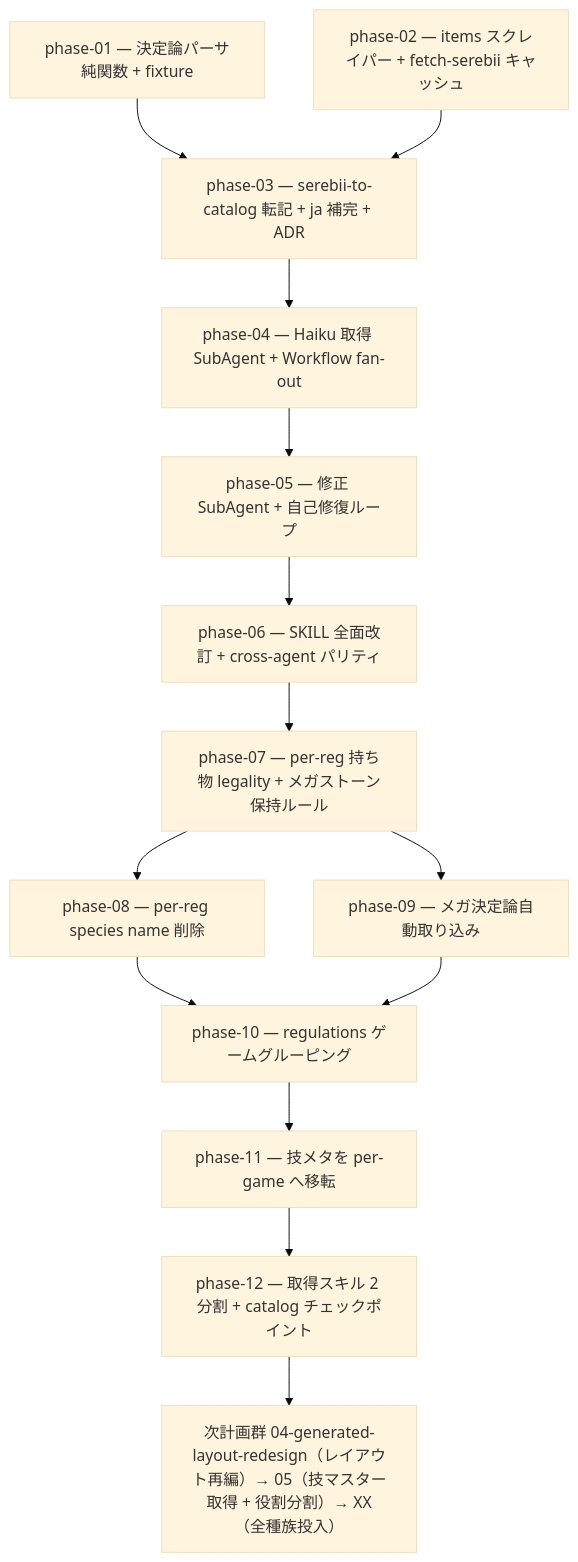
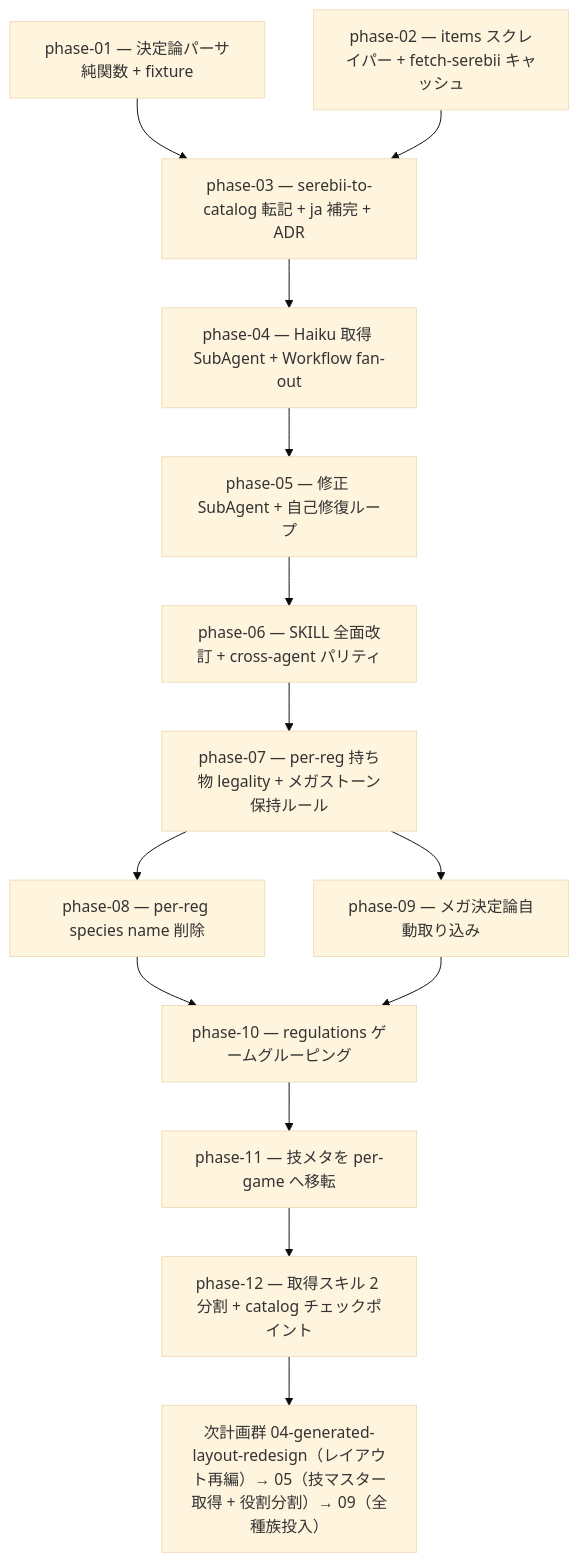
One commit to subroh0508/pokeform changed the diagram in docs/roadmap/completed/03-survey-regulation-rework/README.md. Above: the diagram before and after it, drawn with Mermaid (base theme). The commit also changed other lines of this file and 32 other files, not shown here.

First line of the commit message:
docs(roadmap): 全種族投入計画を再スコープ + XX→09 採番確定

````diff
--- a/docs/roadmap/completed/03-survey-regulation-rework/README.md
+++ b/docs/roadmap/completed/03-survey-regulation-rework/README.md
@@ -23,16 +23,16 @@
 ```mermaid
 flowchart TD
     P1[phase-01 — 決定論パーサ純関数 + fixture] --> P3[phase-03 — serebii-to-catalog 転記 + ja 補完 + ADR]
     P2[phase-02 — items スクレイパー + fetch-serebii キャッシュ] --> P3
     P3 --> P4[phase-04 — Haiku 取得 SubAgent + Workflow fan-out]
     P4 --> P5[phase-05 — 修正 SubAgent + 自己修復ループ]
     P5 --> P6[phase-06 — SKILL 全面改訂 + cross-agent パリティ]
     P6 --> P7[phase-07 — per-reg 持ち物 legality + メガストーン保持ルール]
     P7 --> P8[phase-08 — per-reg species name 削除]
     P7 --> P9[phase-09 — メガ決定論自動取り込み]
     P8 --> P10[phase-10 — regulations ゲームグルーピング]
     P9 --> P10
     P10 --> P11[phase-11 — 技メタを per-game へ移転]
     P11 --> P12[phase-12 — 取得スキル 2 分割 + catalog チェックポイント]
-    P12 --> PLAN04[次計画群 04-generated-layout-redesign（レイアウト再編）→ 05（技マスター取得 + 役割分割）→ XX（全種族投入）]
+    P12 --> PLAN04[次計画群 04-generated-layout-redesign（レイアウト再編）→ 05（技マスター取得 + 役割分割）→ 09（全種族投入）]
 ```
````
